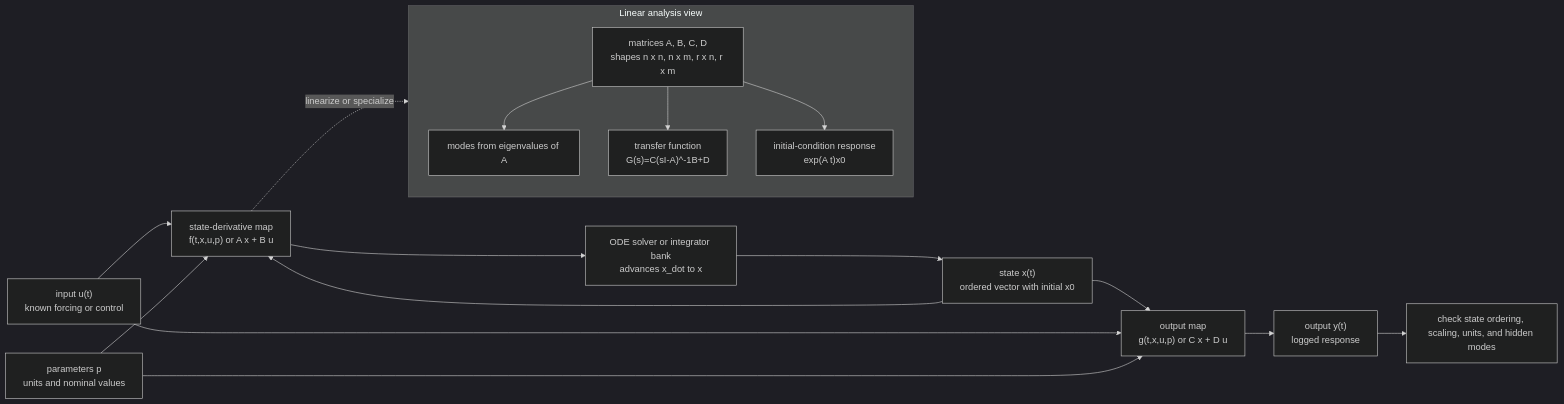
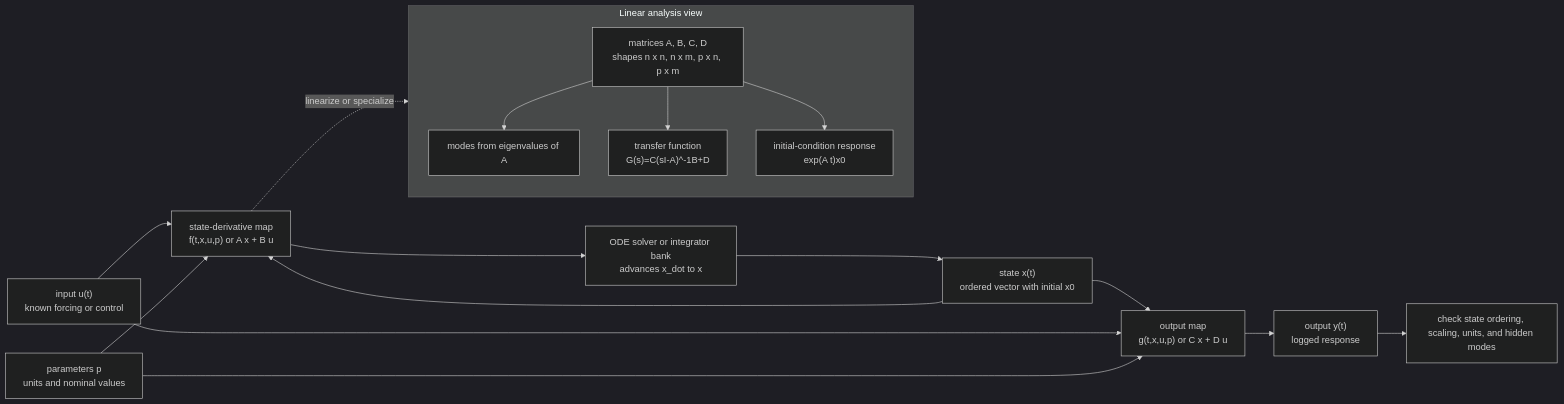
The diagram in docs/physics/simulation/state-space-representation.md (justinbrianhwang/SJ-wiki), drawn with Mermaid (dark theme) before and after one commit. The commit also changed other lines of this file and 955 other files, not shown here.

````diff
--- a/docs/physics/simulation/state-space-representation.md
+++ b/docs/physics/simulation/state-space-representation.md
@@ -90,22 +88,22 @@
 ```mermaid
 flowchart LR
   U["input u(t)<br/>known forcing or control"] --> Deriv["state-derivative map<br/>f(t,x,u,p) or A x + B u"]
   P["parameters p<br/>units and nominal values"] --> Deriv
   X["state x(t)<br/>ordered vector with initial x0"] --> Deriv
   Deriv --> Solver["ODE solver or integrator bank<br/>advances x_dot to x"]
   Solver --> X
   X --> OutputMap["output map<br/>g(t,x,u,p) or C x + D u"]
   U --> OutputMap
   P --> OutputMap
   OutputMap --> Y["output y(t)<br/>logged response"]
 
   subgraph Linear["Linear analysis view"]
     direction TB
-    Mat["matrices A, B, C, D<br/>shapes n x n, n x m, r x n, r x m"] --> Modes["modes from eigenvalues of A"]
+    Mat["matrices A, B, C, D<br/>shapes n x n, n x m, p x n, p x m"] --> Modes["modes from eigenvalues of A"]
     Mat --> TF["transfer function<br/>G(s)=C(sI-A)^-1B+D"]
     Mat --> IC["initial-condition response<br/>exp(A t)x0"]
   end
 
   Deriv -. "linearize or specialize" .-> Mat
   Y --> Check["check state ordering, scaling, units, and hidden modes"]
 ```
````
